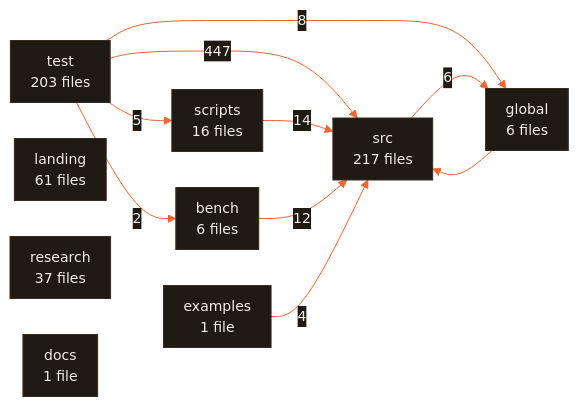
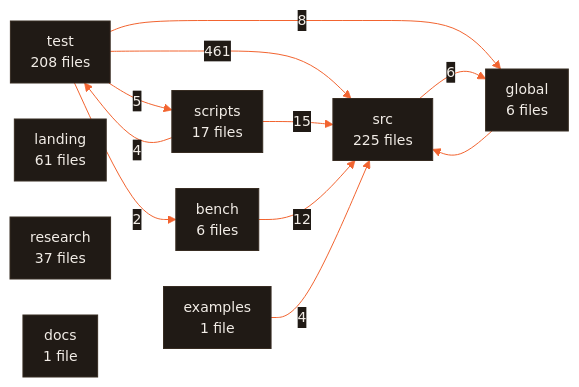
Before and after one commit to CodeWithJuber/forgekit: the diagram in ARCHITECTURE.md, drawn with Mermaid. The commit also changed 31 other files, not shown here.

````diff
--- a/ARCHITECTURE.md
+++ b/ARCHITECTURE.md
@@ -677,22 +677,23 @@
 ```mermaid
 %%{init: {'theme':'base','themeVariables':{'primaryColor':'#201a15','primaryTextColor':'#f2ede7','primaryBorderColor':'#372c22','lineColor':'#f26430','secondaryColor':'#272019','tertiaryColor':'#171310','edgeLabelBackground':'#201a15','clusterBkg':'#171310','clusterBorder':'#4a3b2e','fontFamily':'ui-sans-serif, system-ui, sans-serif','fontSize':'14px'},'flowchart':{'curve':'basis','padding':10,'nodeSpacing':36,'rankSpacing':44}}}%%
 flowchart LR
-  src["src<br/>217 files"]
-  test["test<br/>203 files"]
+  src["src<br/>225 files"]
+  test["test<br/>208 files"]
   landing["landing<br/>61 files"]
   research["research<br/>37 files"]
-  scripts["scripts<br/>16 files"]
+  scripts["scripts<br/>17 files"]
   bench["bench<br/>6 files"]
   global["global<br/>6 files"]
   docs["docs<br/>1 file"]
   examples["examples<br/>1 file"]
-  test -- 447 --> src
-  scripts -- 14 --> src
+  test -- 461 --> src
+  scripts -- 15 --> src
   bench -- 12 --> src
   test -- 8 --> global
   src -- 6 --> global
   test -- 5 --> scripts
   examples -- 4 --> src
+  scripts -- 4 --> test
   test -- 2 --> bench
   global --> src
 ```
````
